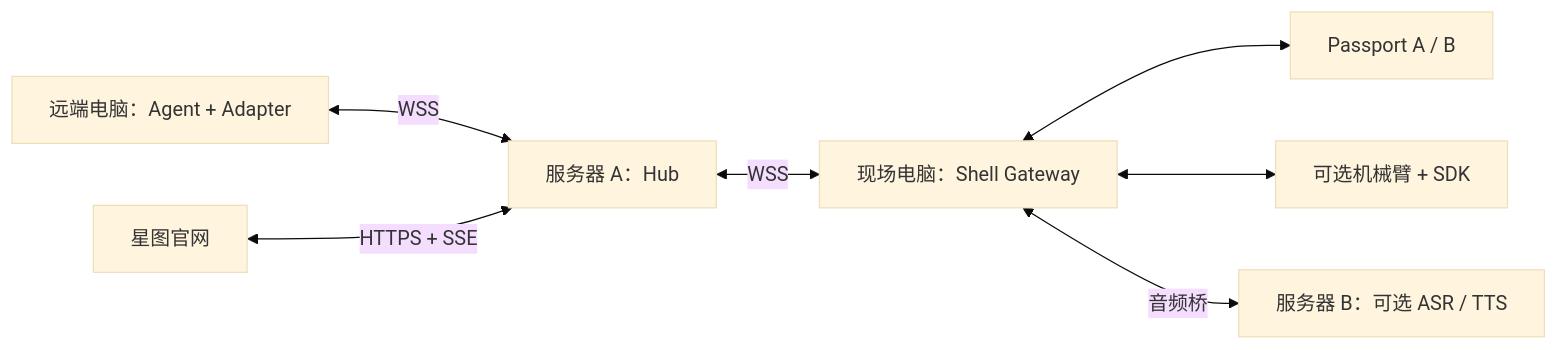
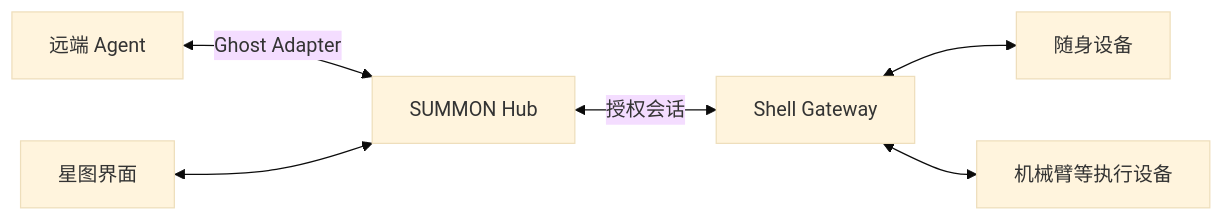
Before and after one commit to rfdiosuao/summon-protocol: the diagram in README.md, drawn with Mermaid (base theme). The commit also changed other lines of this file, not shown here.

````diff
--- a/README.md
+++ b/README.md
@@ -38,9 +27,8 @@
 ```mermaid
 flowchart LR
-  A[远端电脑：Agent + Adapter] <-->|WSS| H[服务器 A：Hub]
-  H <-->|WSS| G[现场电脑：Shell Gateway]
-  G <--> P[Passport A / B]
-  G <--> R[可选机械臂 + SDK]
-  W[星图官网] <-->|HTTPS + SSE| H
-  G <-->|音频桥| V[服务器 B：可选 ASR / TTS]
+  A[远端 Agent] <-->|Ghost Adapter| H[SUMMON Hub]
+  W[星图界面] <--> H
+  H <-->|授权会话| G[Shell Gateway]
+  G <--> P[随身设备]
+  G <--> R[机械臂等执行设备]
 ```
````
